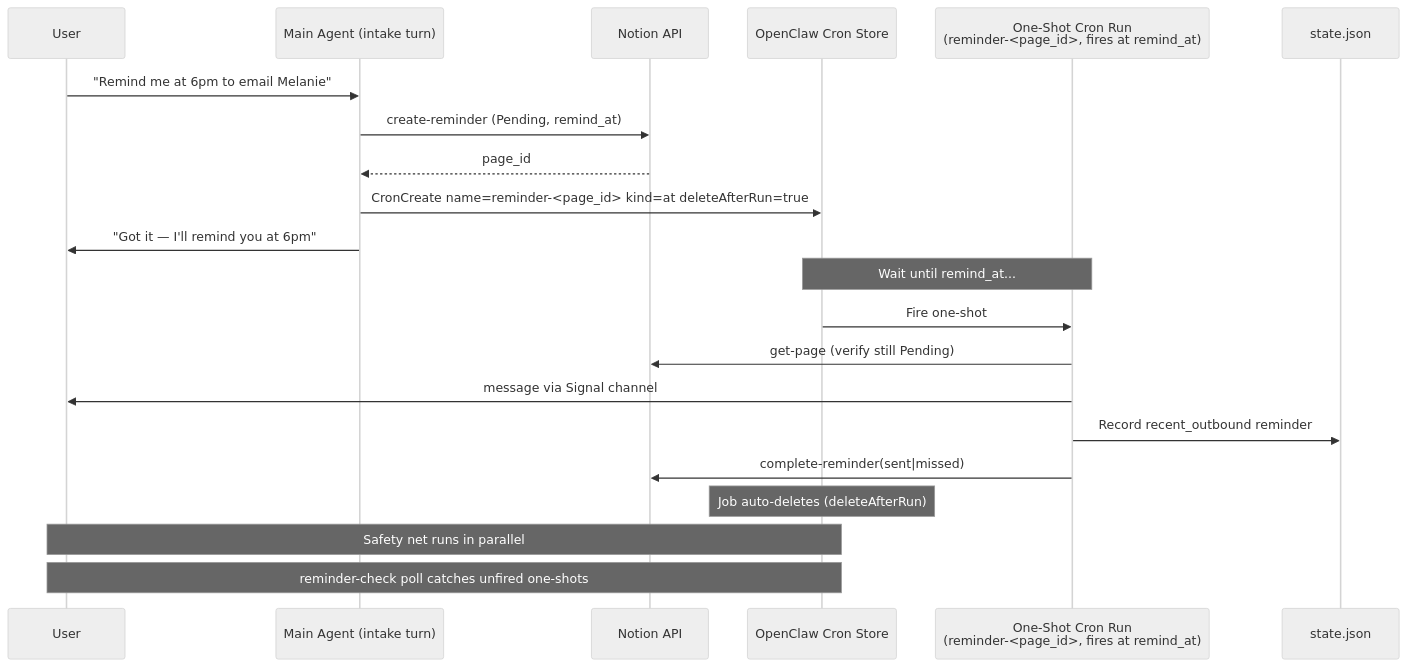
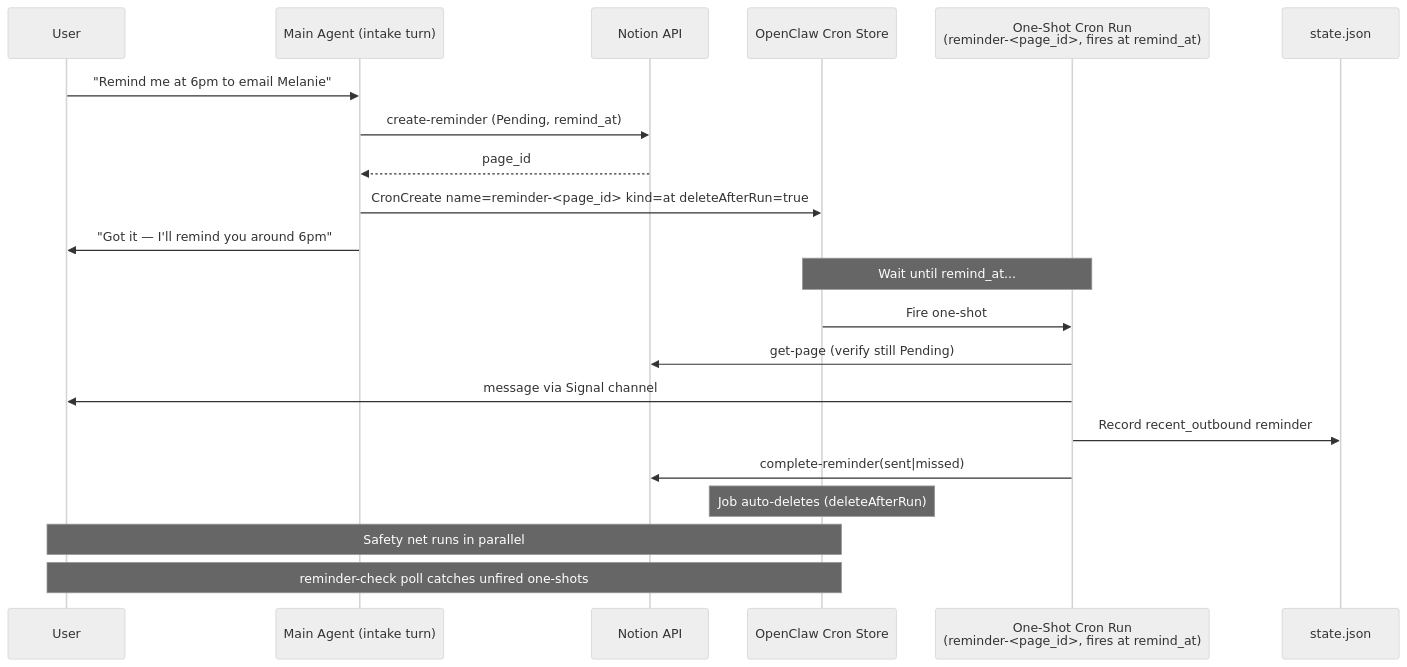
One commit to NickBorgersProbably/hide-my-list changed the fifth of 6 diagrams in docs/architecture.md. Above: the diagram before and after it, drawn with Mermaid (neutral theme). The commit also changed other lines of this file and 2 other files, not shown here.

Commit message:
review-pipeline-v2: apply fixes for design/d-001, docs/doc-001, docs/doc-002
Addresses blockers requested by the reviewers.

````diff
--- a/docs/architecture.md
+++ b/docs/architecture.md
@@ -202,27 +202,27 @@
 ```mermaid
 sequenceDiagram
     participant User
     participant Main as Main Agent (intake turn)
     participant Notion as Notion API
     participant Cron as OpenClaw Cron Store
     participant OneShot as One-Shot Cron Run<br/>(reminder-<page_id>, fires at remind_at)
     participant State as state.json
 
     User->>Main: "Remind me at 6pm to email Melanie"
     Main->>Notion: create-reminder (Pending, remind_at)
     Notion-->>Main: page_id
     Main->>Cron: CronCreate name=reminder-<page_id> kind=at deleteAfterRun=true
-    Main->>User: "Got it — I'll remind you at 6pm"
+    Main->>User: "Got it — I'll remind you around 6pm"
 
     Note over Cron,OneShot: Wait until remind_at...
 
     Cron->>OneShot: Fire one-shot
     OneShot->>Notion: get-page (verify still Pending)
     OneShot->>User: message via Signal channel
     OneShot->>State: Record recent_outbound reminder
     OneShot->>Notion: complete-reminder(sent|missed)
     Note over Cron: Job auto-deletes (deleteAfterRun)
 
     Note over Cron,User: Safety net runs in parallel
     Note over Cron,User: reminder-check poll catches unfired one-shots
 ```
````
